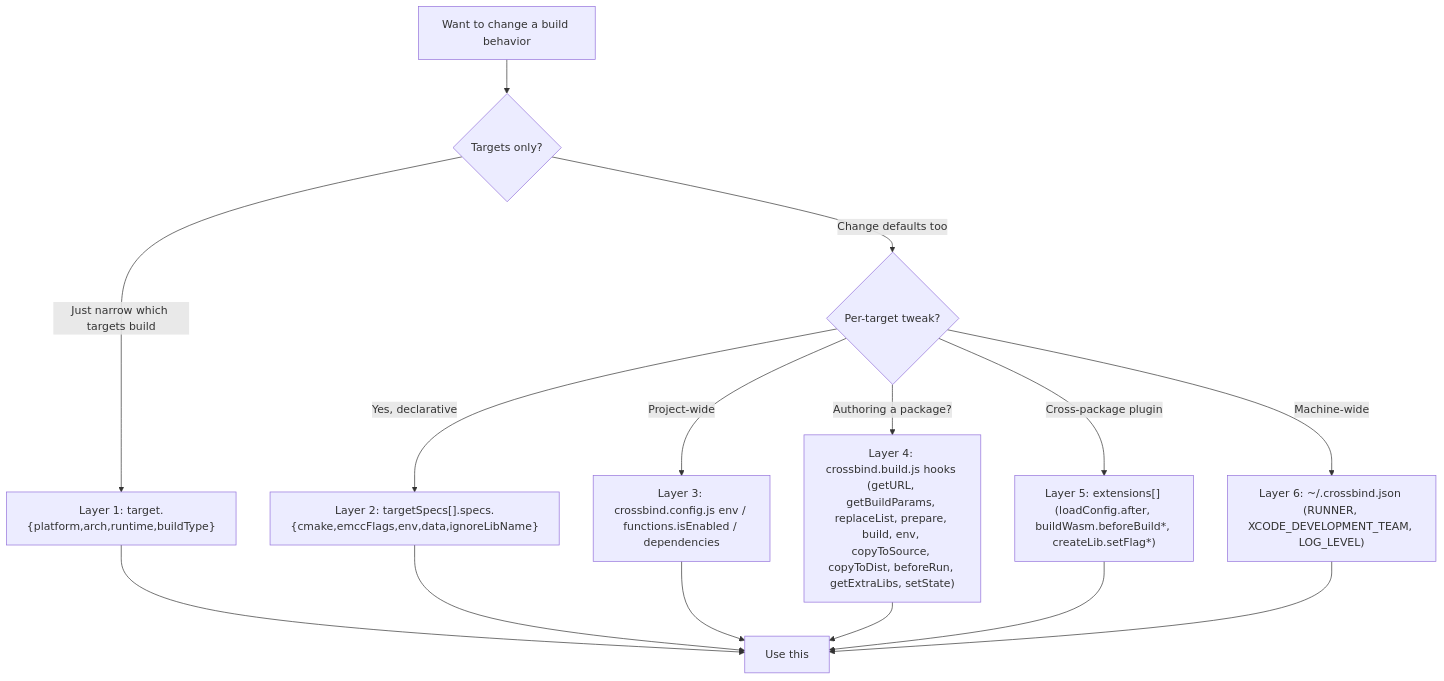
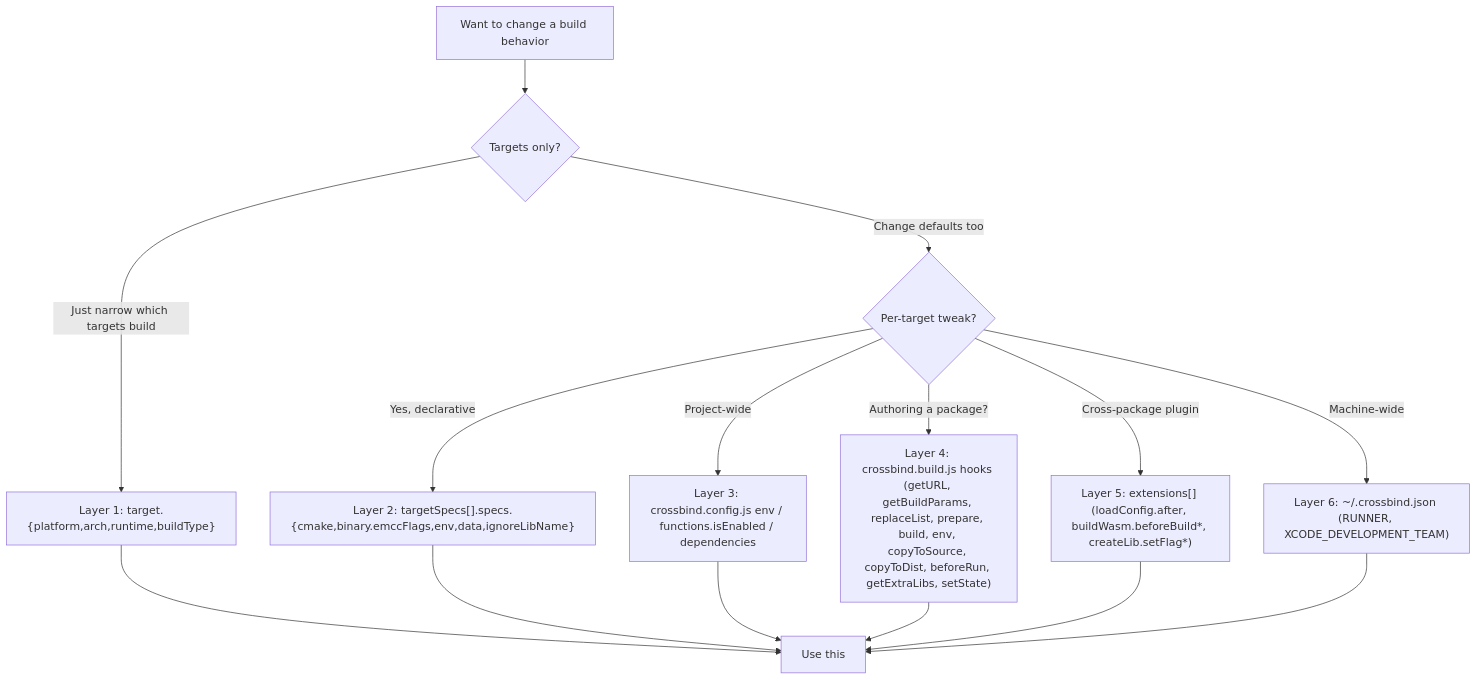
The second of 3 diagrams in docs/ARCHITECTURE.md (crossbind/crossbind), drawn with Mermaid before and after one commit. The commit also changed other lines of this file and 664 other files, not shown here.

````diff
--- a/docs/ARCHITECTURE.md
+++ b/docs/ARCHITECTURE.md
@@ -125,17 +131,17 @@
 ```mermaid
 flowchart TD
     Q["Want to change a build behavior"] --> Filter{"Targets only?"}
     Filter -->|"Just narrow which targets build"| L1["Layer 1: target.{platform,arch,runtime,buildType}"]
     Filter -->|"Change defaults too"| Spec{"Per-target tweak?"}
-    Spec -->|"Yes, declarative"| L2["Layer 2: targetSpecs[].specs.{cmake,emccFlags,env,data,ignoreLibName}"]
+    Spec -->|"Yes, declarative"| L2["Layer 2: targetSpecs[].specs.{cmake,binary.emccFlags,env,data,ignoreLibName}"]
     Spec -->|"Project-wide"| L3a["Layer 3: crossbind.config.js env / functions.isEnabled / dependencies"]
     Spec -->|"Authoring a package?"| L4["Layer 4: crossbind.build.js hooks (getURL, getBuildParams, replaceList, prepare, build, env, copyToSource, copyToDist, beforeRun, getExtraLibs, setState)"]
     Spec -->|"Cross-package plugin"| L5["Layer 5: extensions[] (loadConfig.after, buildWasm.beforeBuild*, createLib.setFlag*)"]
-    Spec -->|"Machine-wide"| L6["Layer 6: ~/.crossbind.json (RUNNER, XCODE_DEVELOPMENT_TEAM, LOG_LEVEL)"]
+    Spec -->|"Machine-wide"| L6["Layer 6: ~/.crossbind.json (RUNNER, XCODE_DEVELOPMENT_TEAM)"]
     L1 --> Done[Use this]
     L2 --> Done
     L3a --> Done
     L4 --> Done
     L5 --> Done
     L6 --> Done
 ```
````
